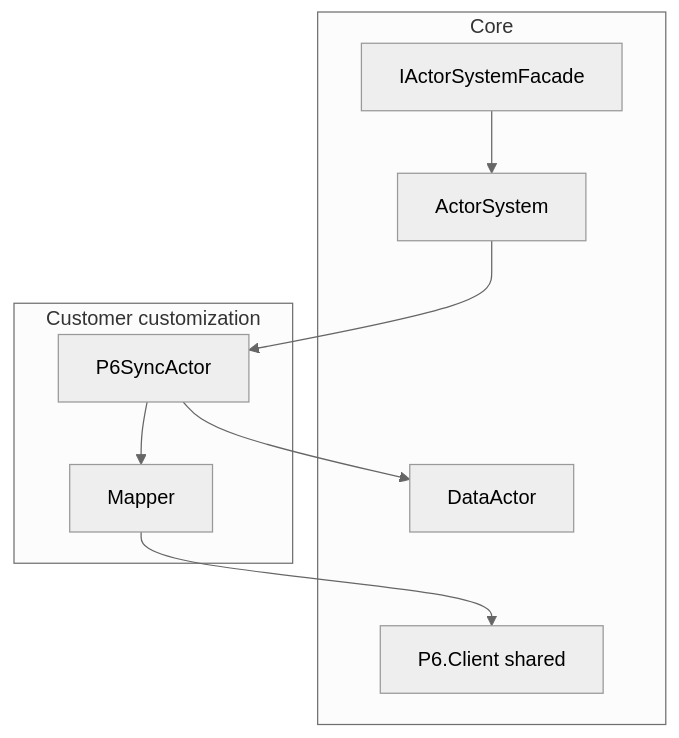
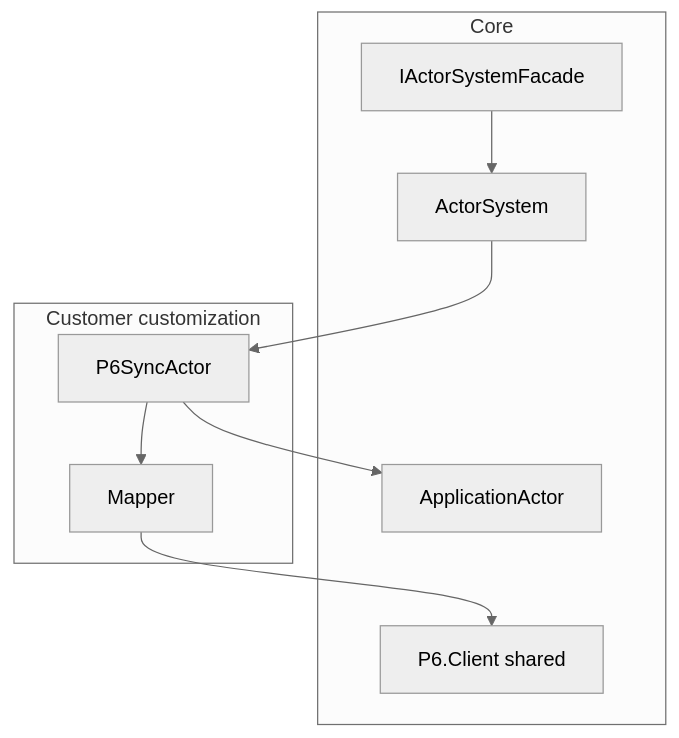
The second of 6 diagrams in docs/floor2plan-akka-actor-integration-design.md (robbertF2P/Sandbox), drawn with Mermaid (neutral theme) before and after one commit. The commit also changed other lines of this file, not shown here.

Commit message:
Rename DataActor to ApplicationActor; add IoC and lifetime section

````diff
--- a/docs/floor2plan-akka-actor-integration-design.md
+++ b/docs/floor2plan-akka-actor-integration-design.md
@@ -49,19 +49,19 @@
 ```mermaid
 flowchart TB
   subgraph core["Core"]
     FACADE["IActorSystemFacade"]
     AS["ActorSystem"]
-    DATA["DataActor"]
+    APP["ApplicationActor"]
     CLIENT_LIB["P6.Client shared"]
   end
 
   subgraph customer["Customer customization"]
     ACTOR["P6SyncActor"]
     MAP["Mapper"]
   end
 
   FACADE --> AS
   AS --> ACTOR
   ACTOR --> MAP --> CLIENT_LIB
-  ACTOR --> DATA
+  ACTOR --> APP
 ```
````
